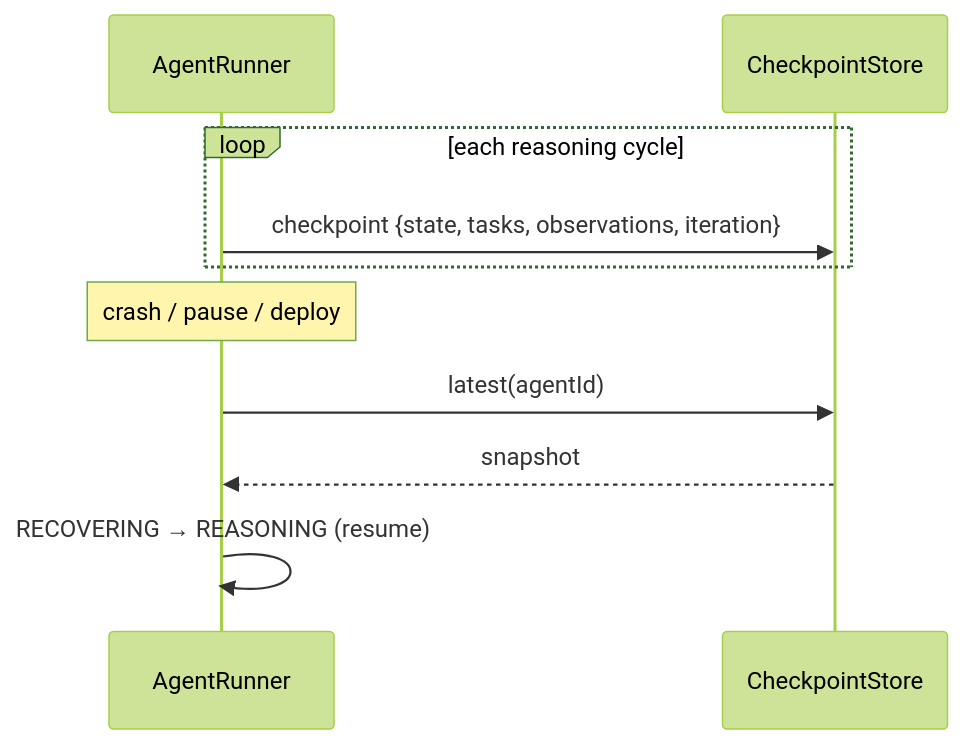
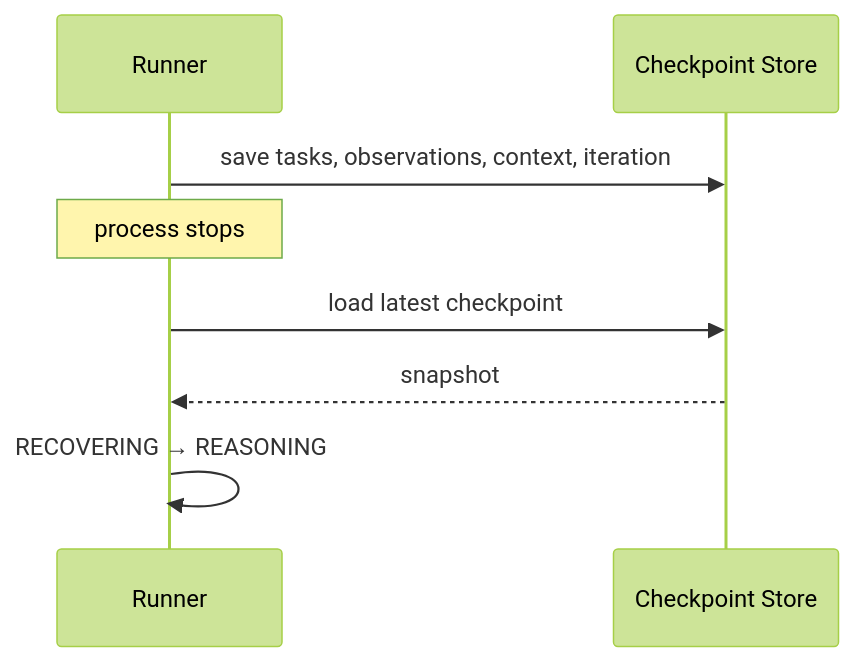
One commit to balureddy003/Naro changed the diagram in docs/learn/12-scale-and-reliability.md. Above: the diagram before and after it, drawn with Mermaid (forest theme). The commit also changed other lines of this file and 52 other files, not shown here.

````diff
--- a/docs/learn/12-scale-and-reliability.md
+++ b/docs/learn/12-scale-and-reliability.md
@@ -24,12 +50,10 @@
 ```mermaid
 sequenceDiagram
-    participant Run as AgentRunner
-    participant Ck as CheckpointStore
-    loop each reasoning cycle
-      Run->>Ck: checkpoint {state, tasks, observations, iteration}
-    end
-    Note over Run: crash / pause / deploy
-    Run->>Ck: latest(agentId)
-    Ck-->>Run: snapshot
-    Run->>Run: RECOVERING → REASONING (resume)
+    participant Runner
+    participant Store as Checkpoint Store
+    Runner->>Store: save tasks, observations, context, iteration
+    Note over Runner: process stops
+    Runner->>Store: load latest checkpoint
+    Store-->>Runner: snapshot
+    Runner->>Runner: RECOVERING → REASONING
 ```
````
